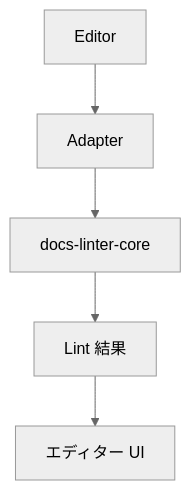
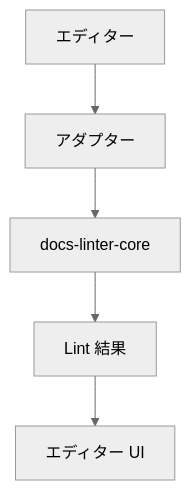
One commit to stein2nd/docs-linter changed the fifth of 9 diagrams in docsMod/in_wordpress.md. Above: the diagram before and after it, drawn with Mermaid (neutral theme). The commit also changed other lines of this file, not shown here.

````diff
--- a/docsMod/in_wordpress.md
+++ b/docsMod/in_wordpress.md
@@ -169,7 +169,7 @@
 ```mermaid
 flowchart TD
-  A["Editor"] --> B["Adapter"]
+  A["エディター"] --> B["アダプター"]
   B --> C["`docs-linter-core`"]
   C --> D["Lint 結果"]
   D --> E["エディター UI"]
 ```
````
